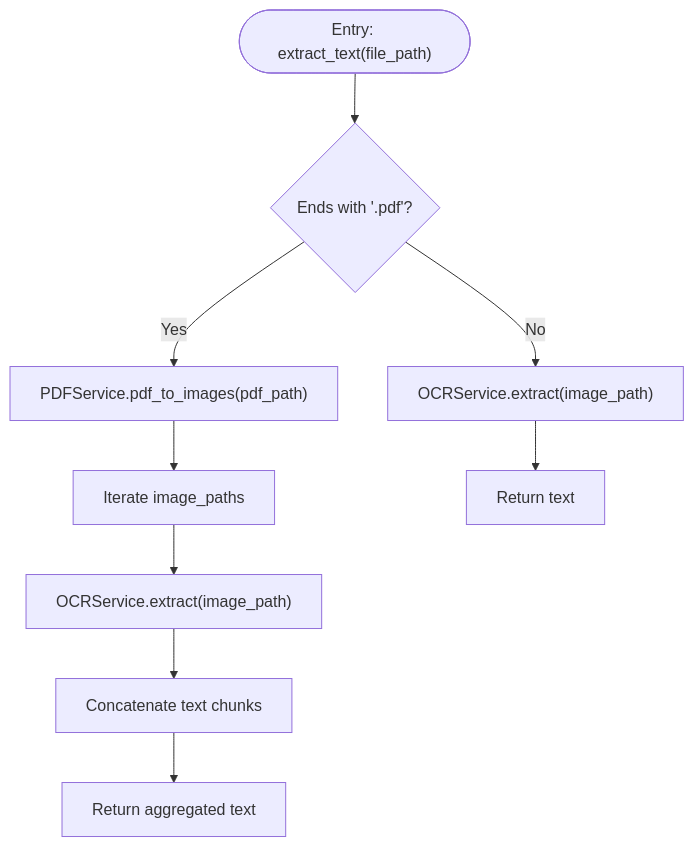
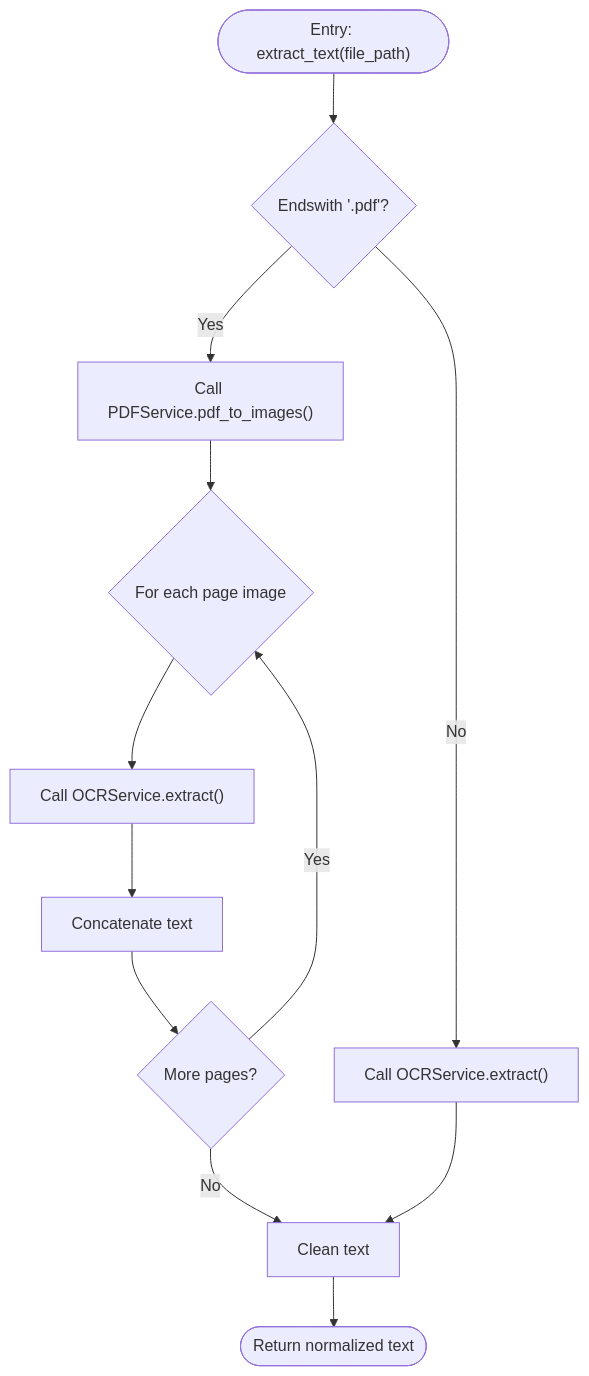
One commit to HamzaHindo/veritasshield changed the third of 7 diagrams in backend/.qoder/repowiki/en/content/Text Extraction Engine/Text Extraction Engine.md. Above: the diagram before and after it, drawn with Mermaid. The commit also changed other lines of this file and 49 other files, not shown here.

````diff
--- a/backend/.qoder/repowiki/en/content/Text Extraction Engine/Text Extraction Engine.md
+++ b/backend/.qoder/repowiki/en/content/Text Extraction Engine/Text Extraction Engine.md
@@ -148,11 +143,14 @@
 ```mermaid
 flowchart TD
-Start(["Entry: extract_text(file_path)"]) --> CheckExt{"Ends with '.pdf'?"}
-CheckExt --> |Yes| Convert["PDFService.pdf_to_images(pdf_path)"]
-Convert --> LoopImages["Iterate image_paths"]
-LoopImages --> OCR["OCRService.extract(image_path)"]
-OCR --> Accumulate["Concatenate text chunks"]
-Accumulate --> ReturnPDF["Return aggregated text"]
-CheckExt --> |No| OCRDirect["OCRService.extract(image_path)"]
-OCRDirect --> ReturnImg["Return text"]
+Start(["Entry: extract_text(file_path)"]) --> CheckType{"Endswith '.pdf'?"}
+CheckType --> |Yes| ToImages["Call PDFService.pdf_to_images()"]
+ToImages --> LoopPages{"For each page image"}
+LoopPages --> RunOCR["Call OCRService.extract()"]
+RunOCR --> Accumulate["Concatenate text"]
+Accumulate --> NextPage{"More pages?"}
+NextPage --> |Yes| LoopPages
+NextPage --> |No| Clean["Clean text"]
+CheckType --> |No| DirectOCR["Call OCRService.extract()"]
+DirectOCR --> Clean
+Clean --> End(["Return normalized text"])
 ```
````
